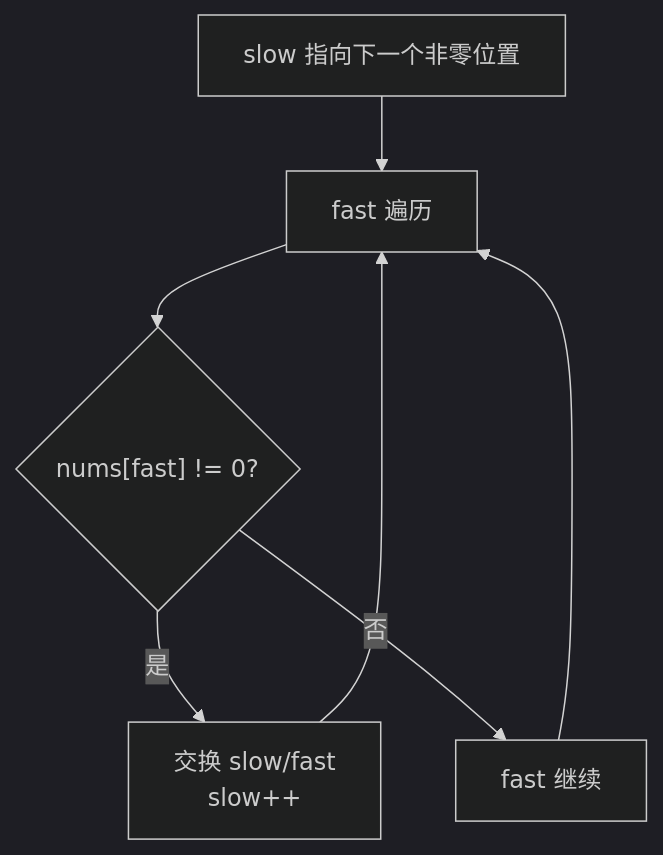
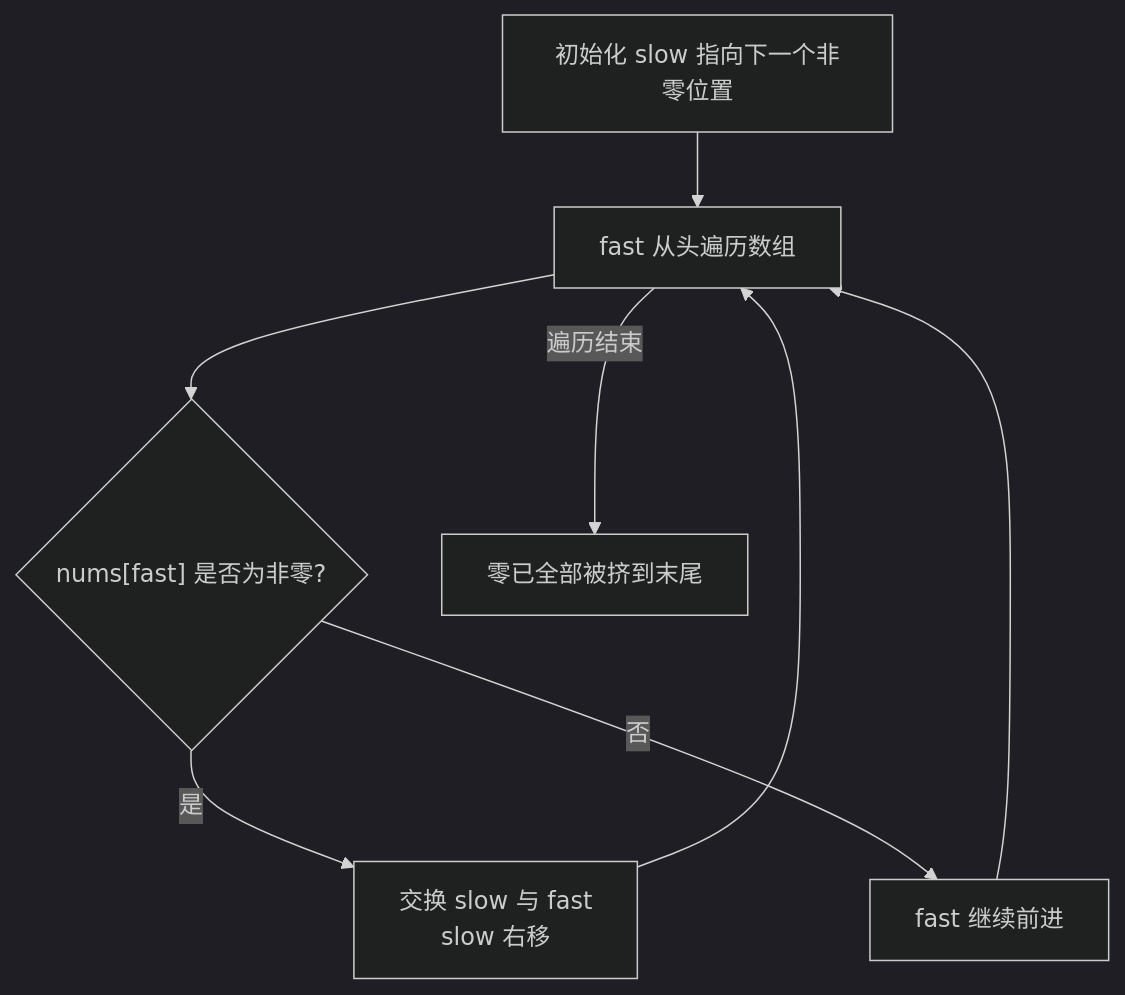
Before and after one commit to OctalZero/hot100-py: the first of 2 diagrams in 02-双指针/0283-移动零.md, drawn with Mermaid (dark theme). The commit also changed other lines of this file and 117 other files, not shown here.

First line of the commit message:
feat: 全题解配图升级为「动画式 mermaid」（总览骨架 + 横向时间线逐步推演）

````diff
--- a/02-双指针/0283-移动零.md
+++ b/02-双指针/0283-移动零.md
@@ -18,9 +18,10 @@
 ```mermaid
 flowchart TD
-    A["slow 指向下一个非零位置"] --> B["fast 遍历"]
-    B --> C{"nums[fast] != 0?"}
-    C -- "是" --> D["交换 slow/fast<br/>slow++"]
-    C -- "否" --> E["fast 继续"]
+    A["初始化 slow 指向下一个非零位置"] --> B["fast 从头遍历数组"]
+    B --> C{"nums[fast] 是否为非零?"}
+    C -->|"是"| D["交换 slow 与 fast<br/>slow 右移"]
+    C -->|"否"| E["fast 继续前进"]
     D --> B
     E --> B
+    B -->|"遍历结束"| F["零已全部被挤到末尾"]
 ```
````
